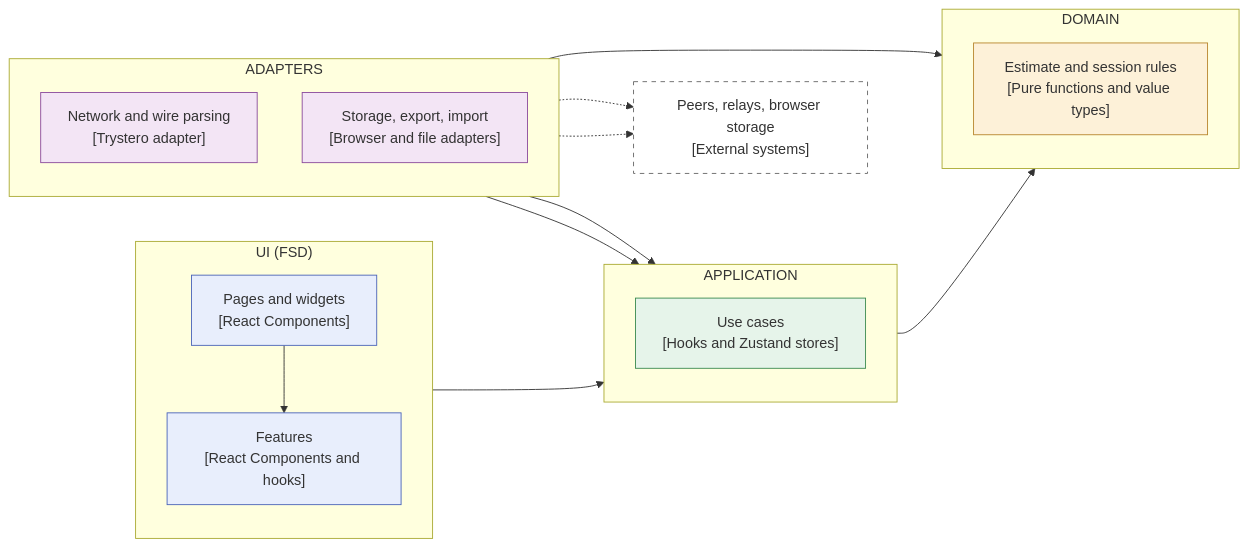
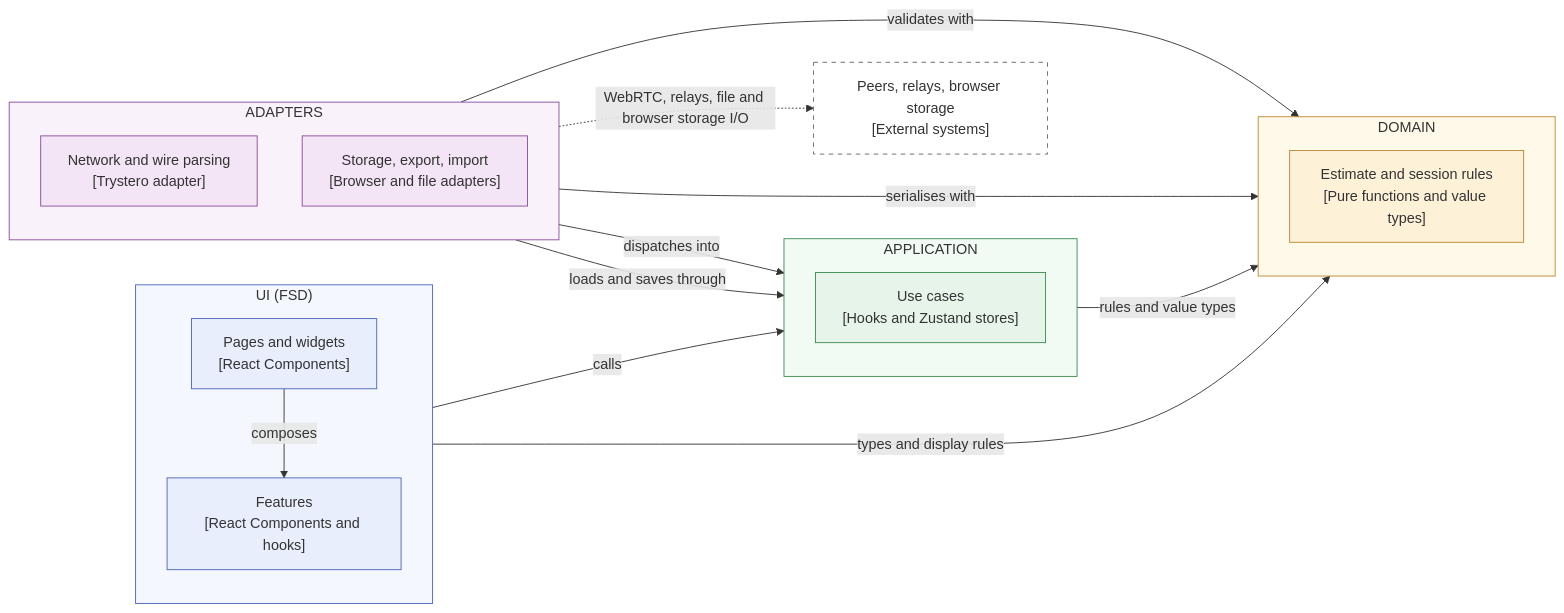
One commit to cfisch3r/estimate changed the diagram in docs/adr/009-architecture-style-fsd-vs-hexagonal-core.md. Above: the diagram before and after it, drawn with Mermaid. The commit also changed other lines of this file, not shown here.

Commit message:
docs: address review of ADR-009 (evidence wording, diagram conventions, staging detail)

````diff
--- a/docs/adr/009-architecture-style-fsd-vs-hexagonal-core.md
+++ b/docs/adr/009-architecture-style-fsd-vs-hexagonal-core.md
@@ -68,40 +73,45 @@
 ```mermaid
 flowchart LR
   subgraph UI["UI (FSD)"]
     direction TB
     Pages["Pages and widgets<br/>[React Components]"]
     Features["Features<br/>[React Components and hooks]"]
   end
   subgraph APP["APPLICATION"]
     direction TB
     UseCases["Use cases<br/>[Hooks and Zustand stores]"]
   end
   subgraph DOM["DOMAIN"]
     direction TB
     Core["Estimate and session rules<br/>[Pure functions and value types]"]
   end
   subgraph AD["ADAPTERS"]
     direction TB
     Net["Network and wire parsing<br/>[Trystero adapter]"]
     Store["Storage, export, import<br/>[Browser and file adapters]"]
   end
   Ext["Peers, relays, browser storage<br/>[External systems]"]
-  Pages --> Features
-  Features --> UseCases
-  UseCases --> Core
-  Net --> UseCases
-  Net --> Core
-  Store --> UseCases
-  Net -.-> Ext
-  Store -.-> Ext
+  Pages -->|composes| Features
+  Features -->|calls| UseCases
+  Features -->|types and display rules| Core
+  UseCases -->|rules and value types| Core
+  Net -->|dispatches into| UseCases
+  Store -->|loads and saves through| UseCases
+  Net -->|validates with| Core
+  Store -->|serialises with| Core
+  AD -.->|WebRTC, relays, file and browser storage I/O| Ext
+  style UI fill:#f4f7fe,stroke:#4a63b8
+  style APP fill:#f2faf4,stroke:#3b8a4f
+  style DOM fill:#fff9ea,stroke:#b8862e
+  style AD fill:#faf2fb,stroke:#8a4a9c
   classDef ui fill:#e8eefc,stroke:#4a63b8
   classDef app fill:#e6f4ea,stroke:#3b8a4f
   classDef dom fill:#fdf1d8,stroke:#b8862e
   classDef ad fill:#f3e5f5,stroke:#8a4a9c
   classDef ext fill:#ffffff,stroke:#666666,stroke-dasharray: 5 5
   class Pages,Features ui
   class UseCases app
   class Core dom
   class Net,Store ad
   class Ext ext
 ```
````
